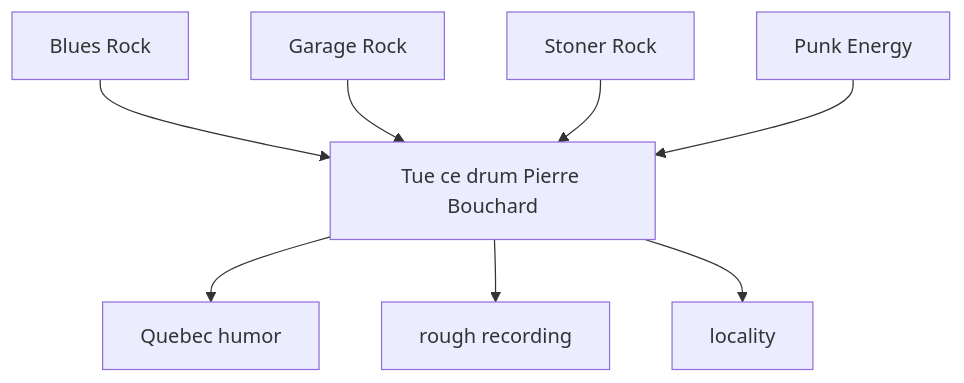
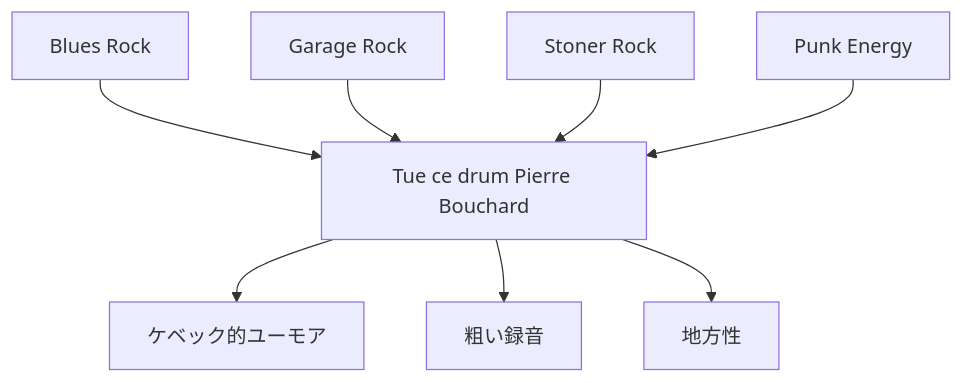
Before and after one commit to monumental-movement/monumental-movement.github.io: the second of 6 diagrams in en/_posts/2026-05-09-column-gros-mene.md, drawn with Mermaid. The commit also changed other lines of this file and 2196 other files, not shown here.

```diff
--- a/en/_posts/2026-05-09-column-gros-mene.md
+++ b/en/_posts/2026-05-09-column-gros-mene.md
@@ -154,10 +154,10 @@
 <div class="mermaid">
 flowchart TD
 A[Blues Rock] --> E[Tue ce drum Pierre Bouchard]
 B[Garage Rock] --> E
 C[Stoner Rock] --> E
 D[Punk Energy] --> E
-E --> F[Quebec humor]
-E --> G[rough recording]
-E --> H[locality]
+E --> F[ケベック的ユーモア]
+E --> G[粗い録音]
+E --> H[地方性]
 </div>
```
